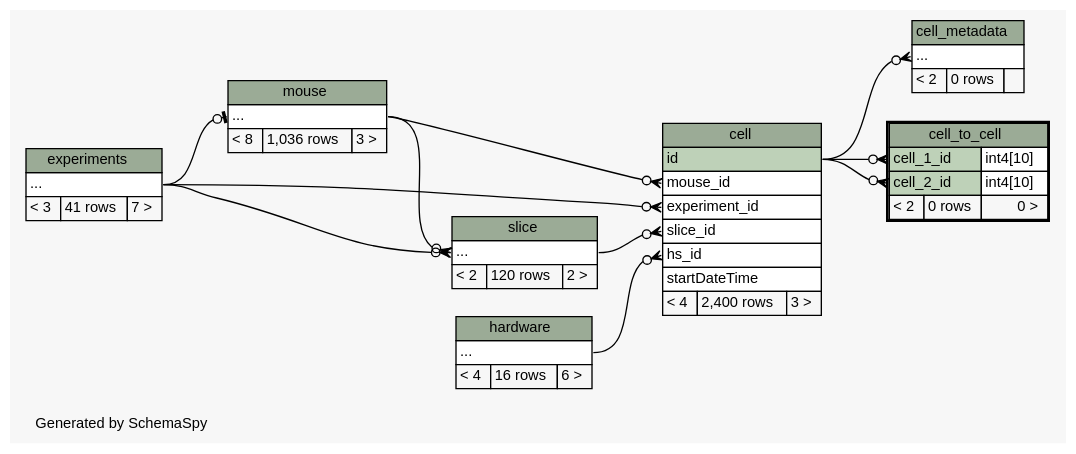
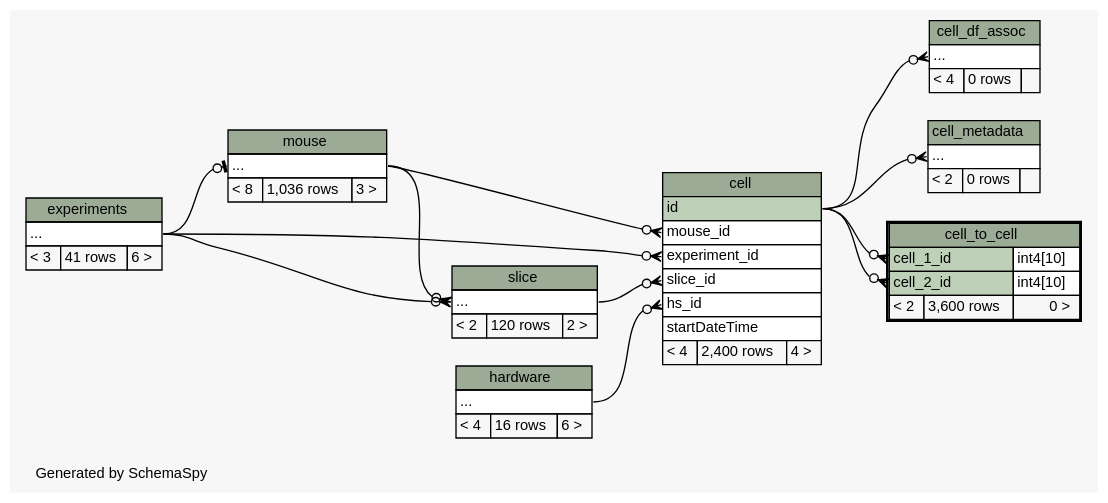
One commit to tgbugs/mlab changed the diagram in database/ss/diagrams/cell_to_cell.2degrees.dot. Above: the diagram before and after it, drawn with Graphviz. The commit also changed 187 other files, not shown here.

```diff
--- a/database/ss/diagrams/cell_to_cell.2degrees.dot
+++ b/database/ss/diagrams/cell_to_cell.2degrees.dot
@@ -1,108 +1,119 @@
 // dot 2.32.0 on Windows 7 6.1
 // SchemaSpy rev 590
 digraph "twoDegreesRelationshipsDiagram" {
   graph [
     rankdir="RL"
     bgcolor="#f7f7f7"
     label="\nGenerated by SchemaSpy"
     labeljust="l"
     nodesep="0.18"
     ranksep="0.46"
     fontname="Helvetica"
     fontsize="11"
   ];
   node [
     fontname="Helvetica"
     fontsize="11"
     shape="plaintext"
   ];
   edge [
     arrowsize="0.8"
   ];
   "cell":"experiment_id":w -> "experiments":"elipses":e [arrowhead=none dir=back arrowtail=crowodot];
   "cell":"hs_id":w -> "hardware":"elipses":e [arrowhead=none dir=back arrowtail=crowodot];
   "cell":"mouse_id":w -> "mouse":"elipses":e [arrowhead=none dir=back arrowtail=crowodot];
   "cell":"slice_id":w -> "slice":"elipses":e [arrowhead=none dir=back arrowtail=crowodot];
+  "cell_df_assoc":"elipses":w -> "cell":"id":e [arrowhead=none dir=back arrowtail=crowodot];
   "cell_metadata":"elipses":w -> "cell":"id":e [arrowhead=none dir=back arrowtail=crowodot];
   "cell_to_cell":"cell_1_id":w -> "cell":"id":e [arrowhead=none dir=back arrowtail=crowodot];
   "cell_to_cell":"cell_2_id":w -> "cell":"id":e [arrowhead=none dir=back arrowtail=crowodot];
   "mouse":"elipses":w -> "experiments":"elipses":e [arrowhead=none dir=back arrowtail=teeodot];
   "slice":"elipses":w -> "mouse":"elipses":e [arrowhead=none dir=back arrowtail=crowodot];
   "slice":"elipses":w -> "experiments":"elipses":e [arrowhead=none dir=back arrowtail=crowodot];
   "cell" [
     label=<
     <TABLE BORDER="0" CELLBORDER="1" CELLSPACING="0" BGCOLOR="#ffffff">
       <TR><TD COLSPAN="3" BGCOLOR="#9bab96" ALIGN="CENTER">cell</TD></TR>
       <TR><TD PORT="id" COLSPAN="3" BGCOLOR="#bed1b8" ALIGN="LEFT">id</TD></TR>
       <TR><TD PORT="mouse_id" COLSPAN="3" ALIGN="LEFT">mouse_id</TD></TR>
       <TR><TD PORT="experiment_id" COLSPAN="3" ALIGN="LEFT">experiment_id</TD></TR>
       <TR><TD PORT="slice_id" COLSPAN="3" ALIGN="LEFT">slice_id</TD></TR>
       <TR><TD PORT="hs_id" COLSPAN="3" ALIGN="LEFT">hs_id</TD></TR>
       <TR><TD PORT="startDateTime" COLSPAN="3" ALIGN="LEFT">startDateTime</TD></TR>
-      <TR><TD ALIGN="LEFT" BGCOLOR="#f7f7f7">&lt; 4</TD><TD ALIGN="RIGHT" BGCOLOR="#f7f7f7">2,400 rows</TD><TD ALIGN="RIGHT" BGCOLOR="#f7f7f7">3 &gt;</TD></TR>
+      <TR><TD ALIGN="LEFT" BGCOLOR="#f7f7f7">&lt; 4</TD><TD ALIGN="RIGHT" BGCOLOR="#f7f7f7">2,400 rows</TD><TD ALIGN="RIGHT" BGCOLOR="#f7f7f7">4 &gt;</TD></TR>
     </TABLE>>
     URL="cell.html"
     tooltip="cell"
+  ];
+  "cell_df_assoc" [
+    label=<
+    <TABLE BORDER="0" CELLBORDER="1" CELLSPACING="0" BGCOLOR="#ffffff">
+      <TR><TD COLSPAN="3" BGCOLOR="#9bab96" ALIGN="CENTER">cell_df_assoc</TD></TR>
+      <TR><TD PORT="elipses" COLSPAN="3" ALIGN="LEFT">...</TD></TR>
+      <TR><TD ALIGN="LEFT" BGCOLOR="#f7f7f7">&lt; 4</TD><TD ALIGN="RIGHT" BGCOLOR="#f7f7f7">0 rows</TD><TD ALIGN="RIGHT" BGCOLOR="#f7f7f7">  </TD></TR>
+    </TABLE>>
+    URL="cell_df_assoc.html"
+    tooltip="cell_df_assoc"
   ];
   "cell_metadata" [
     label=<
     <TABLE BORDER="0" CELLBORDER="1" CELLSPACING="0" BGCOLOR="#ffffff">
       <TR><TD COLSPAN="3" BGCOLOR="#9bab96" ALIGN="CENTER">cell_metadata</TD></TR>
       <TR><TD PORT="elipses" COLSPAN="3" ALIGN="LEFT">...</TD></TR>
       <TR><TD ALIGN="LEFT" BGCOLOR="#f7f7f7">&lt; 2</TD><TD ALIGN="RIGHT" BGCOLOR="#f7f7f7">0 rows</TD><TD ALIGN="RIGHT" BGCOLOR="#f7f7f7">  </TD></TR>
     </TABLE>>
     URL="cell_metadata.html"
     tooltip="cell_metadata"
   ];
   "cell_to_cell" [
     label=<
     <TABLE BORDER="2" CELLBORDER="1" CELLSPACING="0" BGCOLOR="#ffffff">
       <TR><TD COLSPAN="3" BGCOLOR="#9bab96" ALIGN="CENTER">cell_to_cell</TD></TR>
       <TR><TD PORT="cell_1_id" COLSPAN="2" BGCOLOR="#bed1b8" ALIGN="LEFT">cell_1_id</TD><TD PORT="cell_1_id.type" ALIGN="LEFT">int4[10]</TD></TR>
       <TR><TD PORT="cell_2_id" COLSPAN="2" BGCOLOR="#bed1b8" ALIGN="LEFT">cell_2_id</TD><TD PORT="cell_2_id.type" ALIGN="LEFT">int4[10]</TD></TR>
-      <TR><TD ALIGN="LEFT" BGCOLOR="#f7f7f7">&lt; 2</TD><TD ALIGN="RIGHT" BGCOLOR="#f7f7f7">0 rows</TD><TD ALIGN="RIGHT" BGCOLOR="#f7f7f7">0 &gt;</TD></TR>
+      <TR><TD ALIGN="LEFT" BGCOLOR="#f7f7f7">&lt; 2</TD><TD ALIGN="RIGHT" BGCOLOR="#f7f7f7">3,600 rows</TD><TD ALIGN="RIGHT" BGCOLOR="#f7f7f7">0 &gt;</TD></TR>
     </TABLE>>
     URL="cell_to_cell.html"
     tooltip="cell_to_cell"
   ];
   "experiments" [
     label=<
     <TABLE BORDER="0" CELLBORDER="1" CELLSPACING="0" BGCOLOR="#ffffff">
       <TR><TD COLSPAN="3" BGCOLOR="#9bab96" ALIGN="CENTER">experiments</TD></TR>
       <TR><TD PORT="elipses" COLSPAN="3" ALIGN="LEFT">...</TD></TR>
-      <TR><TD ALIGN="LEFT" BGCOLOR="#f7f7f7">&lt; 3</TD><TD ALIGN="RIGHT" BGCOLOR="#f7f7f7">41 rows</TD><TD ALIGN="RIGHT" BGCOLOR="#f7f7f7">7 &gt;</TD></TR>
+      <TR><TD ALIGN="LEFT" BGCOLOR="#f7f7f7">&lt; 3</TD><TD ALIGN="RIGHT" BGCOLOR="#f7f7f7">41 rows</TD><TD ALIGN="RIGHT" BGCOLOR="#f7f7f7">6 &gt;</TD></TR>
     </TABLE>>
     URL="experiments.html"
     tooltip="experiments"
   ];
   "hardware" [
     label=<
     <TABLE BORDER="0" CELLBORDER="1" CELLSPACING="0" BGCOLOR="#ffffff">
       <TR><TD COLSPAN="3" BGCOLOR="#9bab96" ALIGN="CENTER">hardware</TD></TR>
       <TR><TD PORT="elipses" COLSPAN="3" ALIGN="LEFT">...</TD></TR>
       <TR><TD ALIGN="LEFT" BGCOLOR="#f7f7f7">&lt; 4</TD><TD ALIGN="RIGHT" BGCOLOR="#f7f7f7">16 rows</TD><TD ALIGN="RIGHT" BGCOLOR="#f7f7f7">6 &gt;</TD></TR>
     </TABLE>>
     URL="hardware.html"
     tooltip="hardware"
   ];
   "mouse" [
     label=<
     <TABLE BORDER="0" CELLBORDER="1" CELLSPACING="0" BGCOLOR="#ffffff">
       <TR><TD COLSPAN="3" BGCOLOR="#9bab96" ALIGN="CENTER">mouse</TD></TR>
       <TR><TD PORT="elipses" COLSPAN="3" ALIGN="LEFT">...</TD></TR>
       <TR><TD ALIGN="LEFT" BGCOLOR="#f7f7f7">&lt; 8</TD><TD ALIGN="RIGHT" BGCOLOR="#f7f7f7">1,036 rows</TD><TD ALIGN="RIGHT" BGCOLOR="#f7f7f7">3 &gt;</TD></TR>
     </TABLE>>
     URL="mouse.html"
     tooltip="mouse"
   ];
   "slice" [
     label=<
     <TABLE BORDER="0" CELLBORDER="1" CELLSPACING="0" BGCOLOR="#ffffff">
       <TR><TD COLSPAN="3" BGCOLOR="#9bab96" ALIGN="CENTER">slice</TD></TR>
       <TR><TD PORT="elipses" COLSPAN="3" ALIGN="LEFT">...</TD></TR>
       <TR><TD ALIGN="LEFT" BGCOLOR="#f7f7f7">&lt; 2</TD><TD ALIGN="RIGHT" BGCOLOR="#f7f7f7">120 rows</TD><TD ALIGN="RIGHT" BGCOLOR="#f7f7f7">2 &gt;</TD></TR>
     </TABLE>>
     URL="slice.html"
     tooltip="slice"
   ];
 }
```
